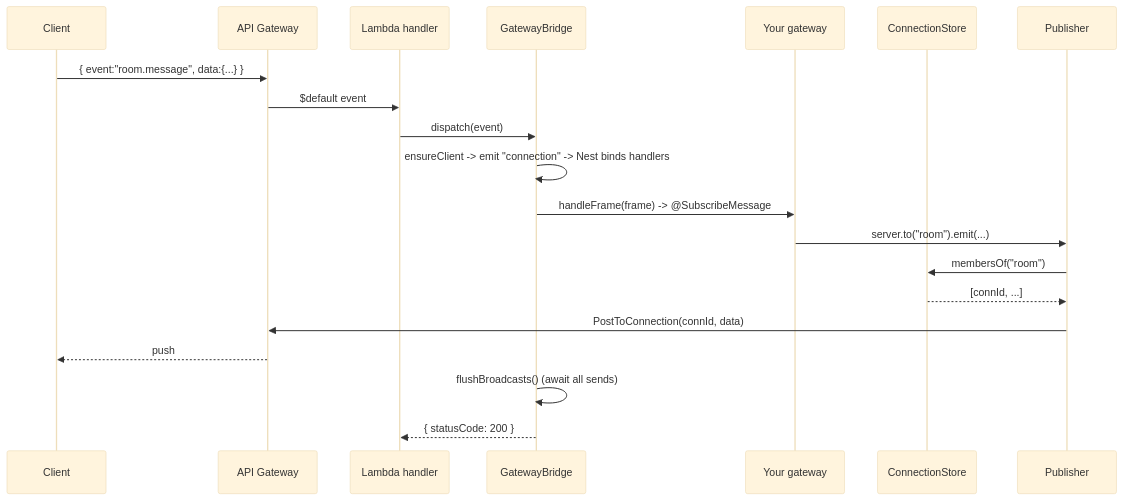
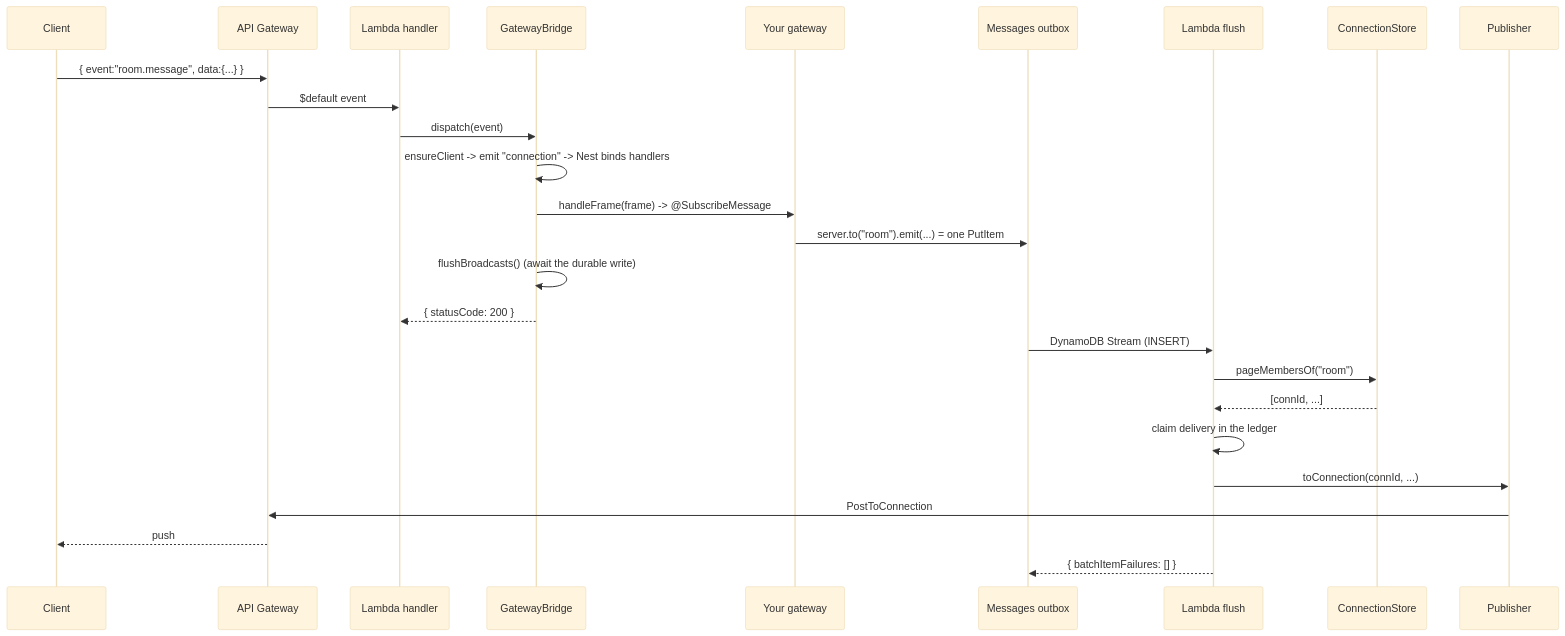
The second of 2 diagrams in README.md (Manuel-Antunes/apigw-ws-nest), drawn with Mermaid (base theme) before and after one commit. The commit also changed other lines of this file and 30 other files, not shown here.

````diff
--- a/README.md
+++ b/README.md
@@ -529,23 +725,29 @@
 ```mermaid
 sequenceDiagram
   participant Client
   participant APIGW as API Gateway
   participant H as Lambda handler
   participant Br as GatewayBridge
   participant GW as Your gateway
+  participant Ob as Messages outbox
+  participant F as Lambda flush
   participant St as ConnectionStore
   participant Pub as Publisher
 
   Client->>APIGW: { event:"room.message", data:{...} }
   APIGW->>H: $default event
   H->>Br: dispatch(event)
   Br->>Br: ensureClient -> emit "connection" -> Nest binds handlers
   Br->>GW: handleFrame(frame) -> @SubscribeMessage
-  GW->>Pub: server.to("room").emit(...)
-  Pub->>St: membersOf("room")
-  St-->>Pub: [connId, ...]
-  Pub->>APIGW: PostToConnection(connId, data)
+  GW->>Ob: server.to("room").emit(...) = one PutItem
+  Br->>Br: flushBroadcasts() (await the durable write)
+  Br-->>H: { statusCode: 200 }
+  Ob->>F: DynamoDB Stream (INSERT)
+  F->>St: pageMembersOf("room")
+  St-->>F: [connId, ...]
+  F->>F: claim delivery in the ledger
+  F->>Pub: toConnection(connId, ...)
+  Pub->>APIGW: PostToConnection
   APIGW-->>Client: push
-  Br->>Br: flushBroadcasts() (await all sends)
-  Br-->>H: { statusCode: 200 }
+  F-->>Ob: { batchItemFailures: [] }
 ```
````
